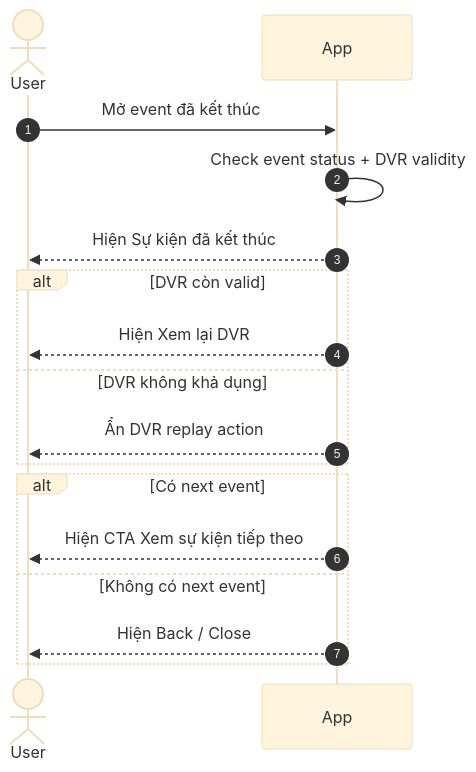
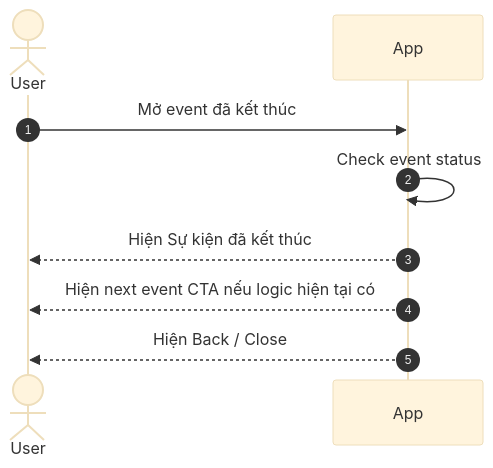
The fifth of 5 diagrams in features/final-docs/Event/Timeshift-Seek/timeshift-seek-functional-requirements.md (duongdang1136/FPTPLay), drawn with Mermaid (base theme) before and after one commit. The commit also changed other lines of this file and 5 other files, not shown here.

````diff
--- a/features/final-docs/Event/Timeshift-Seek/timeshift-seek-functional-requirements.md
+++ b/features/final-docs/Event/Timeshift-Seek/timeshift-seek-functional-requirements.md
@@ -381,23 +382,13 @@
 ```mermaid
 sequenceDiagram
     autonumber
 
     actor User as User
     participant App
 
     User->>App: Mở event đã kết thúc
-    App->>App: Check event status + DVR validity
+    App->>App: Check event status
     App-->>User: Hiện Sự kiện đã kết thúc
-
-    alt DVR còn valid
-        App-->>User: Hiện Xem lại DVR
-    else DVR không khả dụng
-        App-->>User: Ẩn DVR replay action
-    end
-
-    alt Có next event
-        App-->>User: Hiện CTA Xem sự kiện tiếp theo
-    else Không có next event
-        App-->>User: Hiện Back / Close
-    end
+    App-->>User: Hiện next event CTA nếu logic hiện tại có
+    App-->>User: Hiện Back / Close
 ```
````
